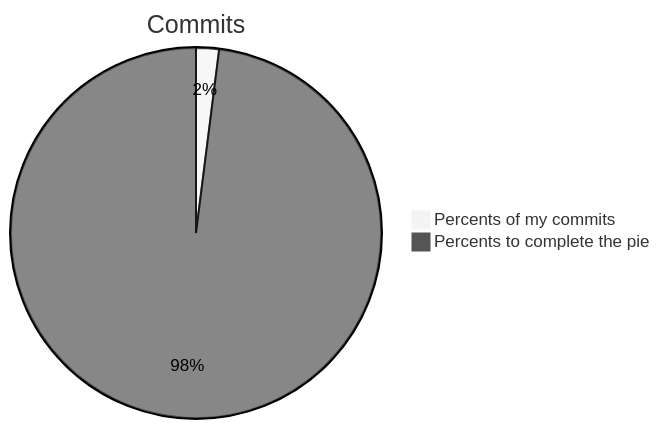
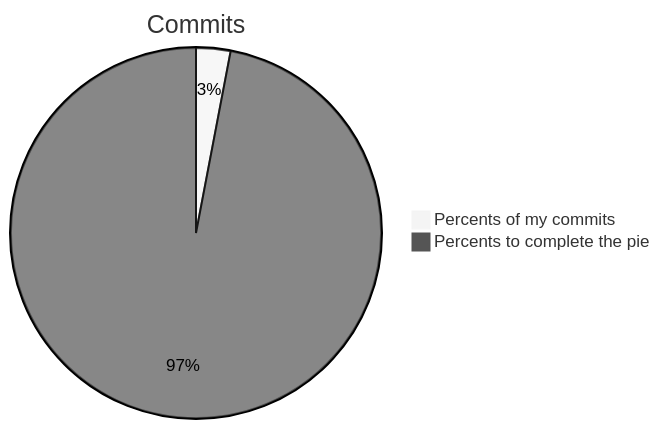
One commit to Kravatka/circumstence changed the diagram in members/bazzzket0810/README.md. Above: the diagram before and after it, drawn with Mermaid (neutral theme). The commit also changed 11 other files, not shown here.

````diff
--- a/members/bazzzket0810/README.md
+++ b/members/bazzzket0810/README.md
@@ -3,6 +3,6 @@
 ```mermaid
 
 pie title Commits
-    "Percents of my commits" : 2
-    "Percents to complete the pie" : 98
+    "Percents of my commits" : 3
+    "Percents to complete the pie" : 97
 ```
````
